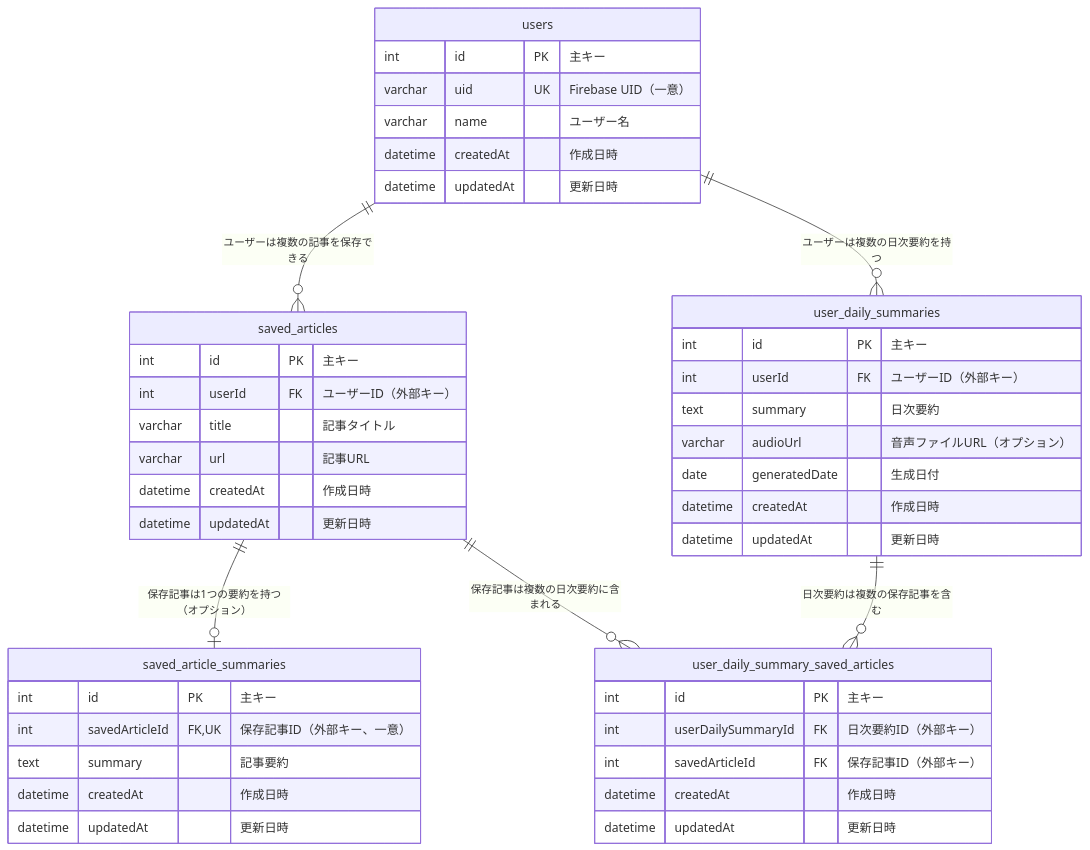
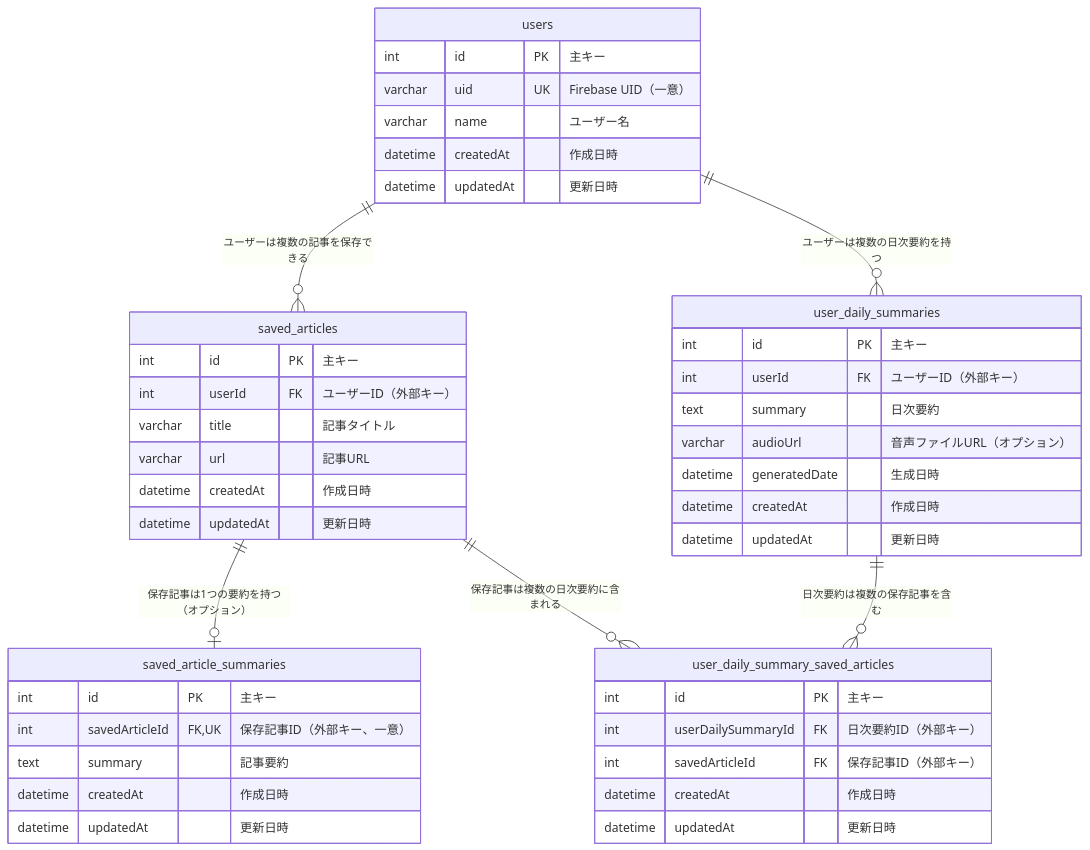
Before and after one commit to shuheu/summeryme-ai: the diagram in backend_ts/src/prisma/er.md, drawn with Mermaid. The commit also changed other lines of this file and 3 other files, not shown here.

````diff
--- a/backend_ts/src/prisma/er.md
+++ b/backend_ts/src/prisma/er.md
@@ -3,57 +3,57 @@
 ```mermaid
 erDiagram
     %% ユーザー情報テーブル
     users {
         int id PK "主キー"
         varchar uid UK "Firebase UID（一意）"
         varchar name "ユーザー名"
         datetime createdAt "作成日時"
         datetime updatedAt "更新日時"
     }
 
     %% 保存された記事テーブル
     saved_articles {
         int id PK "主キー"
         int userId FK "ユーザーID（外部キー）"
         varchar title "記事タイトル"
         varchar url "記事URL"
         datetime createdAt "作成日時"
         datetime updatedAt "更新日時"
     }
 
     %% 保存された記事の要約テーブル
     saved_article_summaries {
         int id PK "主キー"
         int savedArticleId FK,UK "保存記事ID（外部キー、一意）"
         text summary "記事要約"
         datetime createdAt "作成日時"
         datetime updatedAt "更新日時"
     }
 
     %% ユーザーの日次要約テーブル
     user_daily_summaries {
         int id PK "主キー"
         int userId FK "ユーザーID（外部キー）"
         text summary "日次要約"
         varchar audioUrl "音声ファイルURL（オプション）"
-        date generatedDate "生成日付"
+        datetime generatedDate "生成日時"
         datetime createdAt "作成日時"
         datetime updatedAt "更新日時"
     }
 
     %% 日次要約と保存記事の関連テーブル（中間テーブル）
     user_daily_summary_saved_articles {
         int id PK "主キー"
         int userDailySummaryId FK "日次要約ID（外部キー）"
         int savedArticleId FK "保存記事ID（外部キー）"
         datetime createdAt "作成日時"
         datetime updatedAt "更新日時"
     }
 
     %% リレーション定義
     users ||--o{ saved_articles : "ユーザーは複数の記事を保存できる"
     users ||--o{ user_daily_summaries : "ユーザーは複数の日次要約を持つ"
     saved_articles ||--o| saved_article_summaries : "保存記事は1つの要約を持つ（オプション）"
     saved_articles ||--o{ user_daily_summary_saved_articles : "保存記事は複数の日次要約に含まれる"
     user_daily_summaries ||--o{ user_daily_summary_saved_articles : "日次要約は複数の保存記事を含む"
 ```
````
